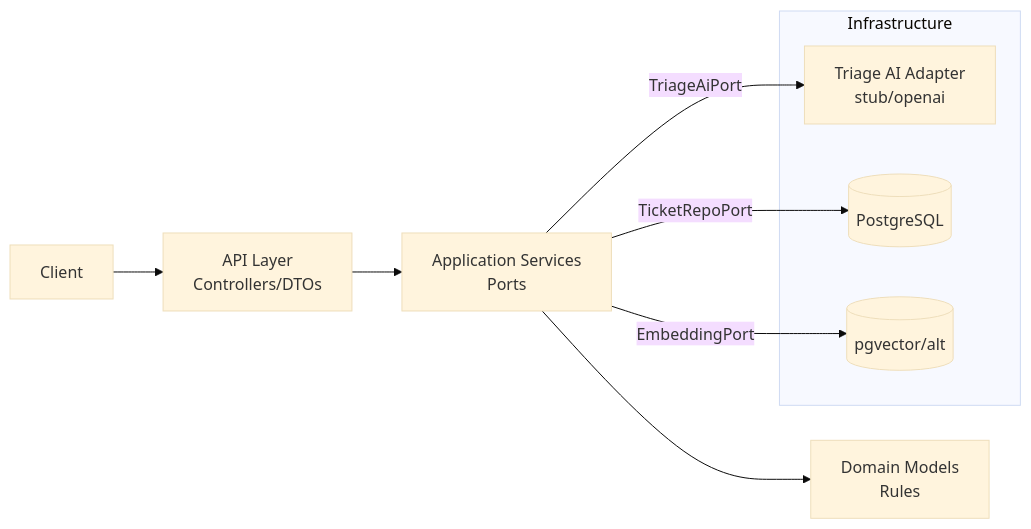
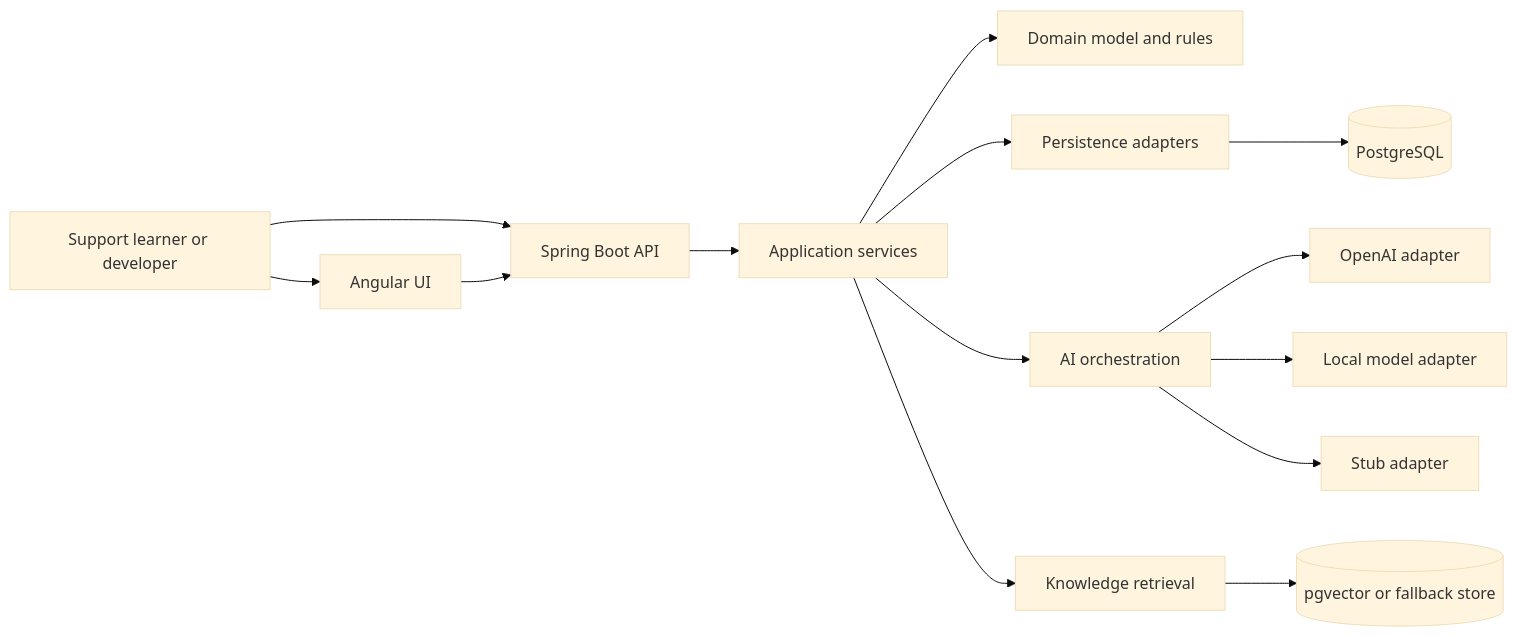
Before and after one commit to dcfrancisco/ticket-triage: the first of 2 diagrams in docs/architecture.md, drawn with Mermaid (base theme). The commit also changed other lines of this file and 20 other files, not shown here.

````diff
--- a/docs/architecture.md
+++ b/docs/architecture.md
@@ -35,14 +15,16 @@
 ```mermaid
 flowchart LR
-  Client --> API[API Layer\nControllers/DTOs]
-  API --> APP[Application Services\nPorts]
-  APP --> DOM[Domain Models\nRules]
-  APP -->|TriageAiPort| AI[Triage AI Adapter\nstub/openai]
-  APP -->|TicketRepoPort| DB[(PostgreSQL)]
-  APP -->|EmbeddingPort| EMB[(pgvector/alt)]
-  subgraph Infrastructure
-    AI
-    DB
-    EMB
-  end
+  User[Support learner or developer] --> UI[Angular UI]
+  User --> API[Spring Boot API]
+  UI --> API
+  API --> APP[Application services]
+  APP --> DOMAIN[Domain model and rules]
+  APP --> PERSIST[Persistence adapters]
+  APP --> AI[AI orchestration]
+  APP --> KB[Knowledge retrieval]
+  PERSIST --> PG[(PostgreSQL)]
+  KB --> VEC[(pgvector or fallback store)]
+  AI --> OPENAI[OpenAI adapter]
+  AI --> LOCAL[Local model adapter]
+  AI --> STUB[Stub adapter]
 ```
````
